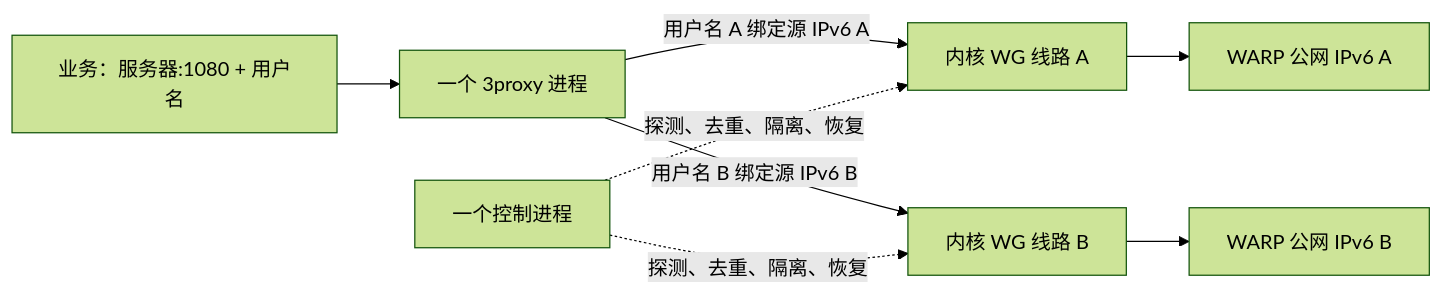
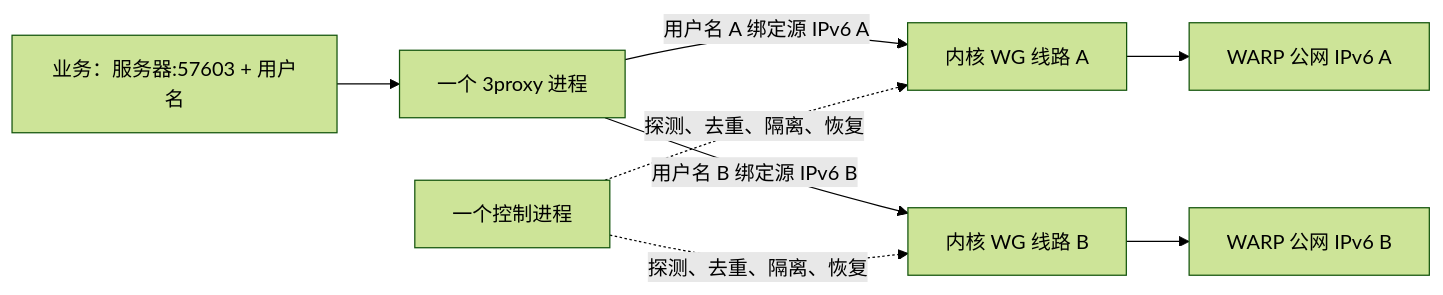
The diagram in README.md (vcshixin/warp-pool-next), drawn with Mermaid (forest theme) before and after one commit. The commit also changed other lines of this file and 1 other file, not shown here.

````diff
--- a/README.md
+++ b/README.md
@@ -65,10 +67,10 @@
 ```mermaid
 flowchart LR
-  U[业务：服务器:1080 + 用户名] --> P[一个 3proxy 进程]
+  U[业务：服务器:57603 + 用户名] --> P[一个 3proxy 进程]
   P -->|用户名 A 绑定源 IPv6 A| A[内核 WG 线路 A]
   P -->|用户名 B 绑定源 IPv6 B| B[内核 WG 线路 B]
   A --> EA[WARP 公网 IPv6 A]
   B --> EB[WARP 公网 IPv6 B]
   C[一个控制进程] -. 探测、去重、隔离、恢复 .-> A
   C -. 探测、去重、隔离、恢复 .-> B
 ```
````
